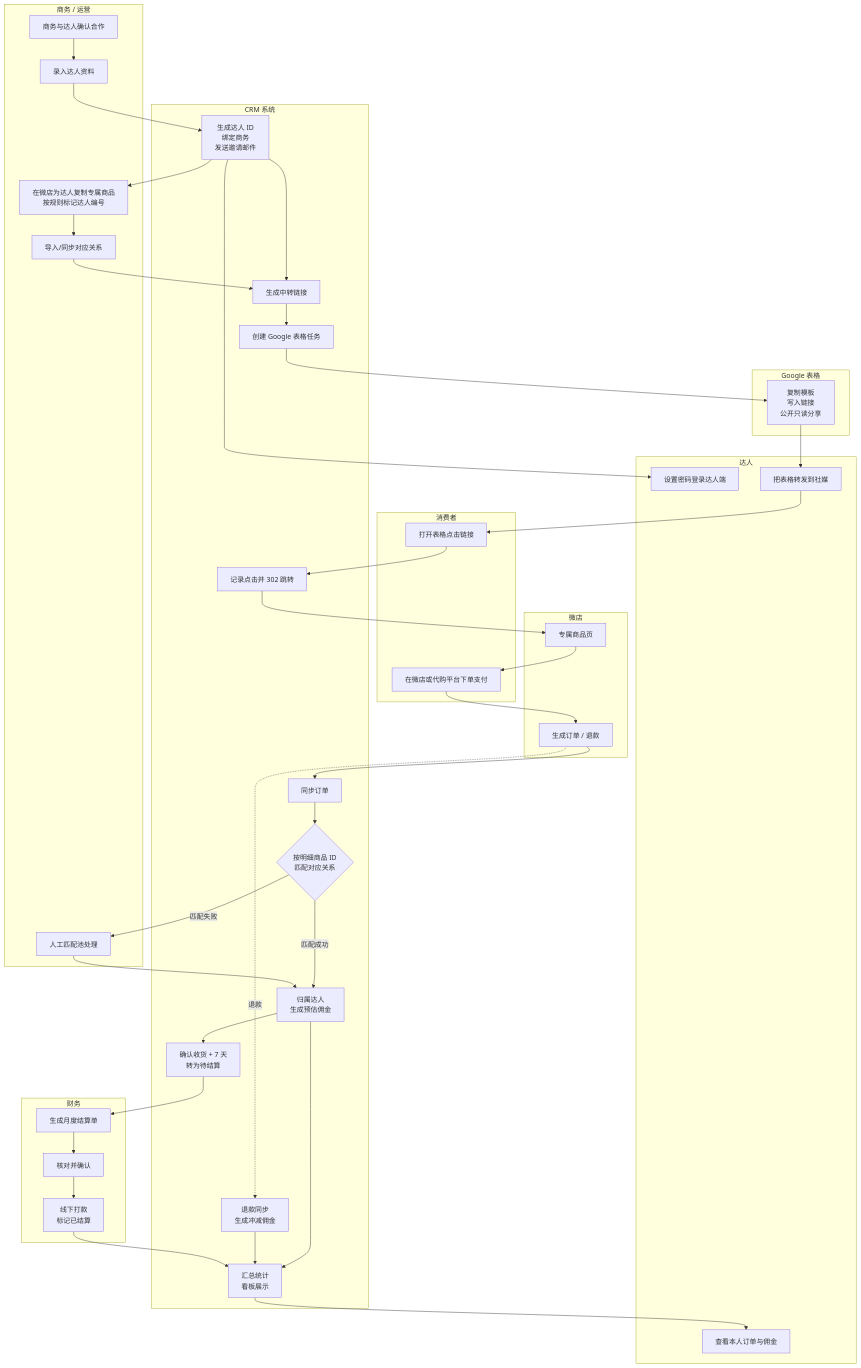
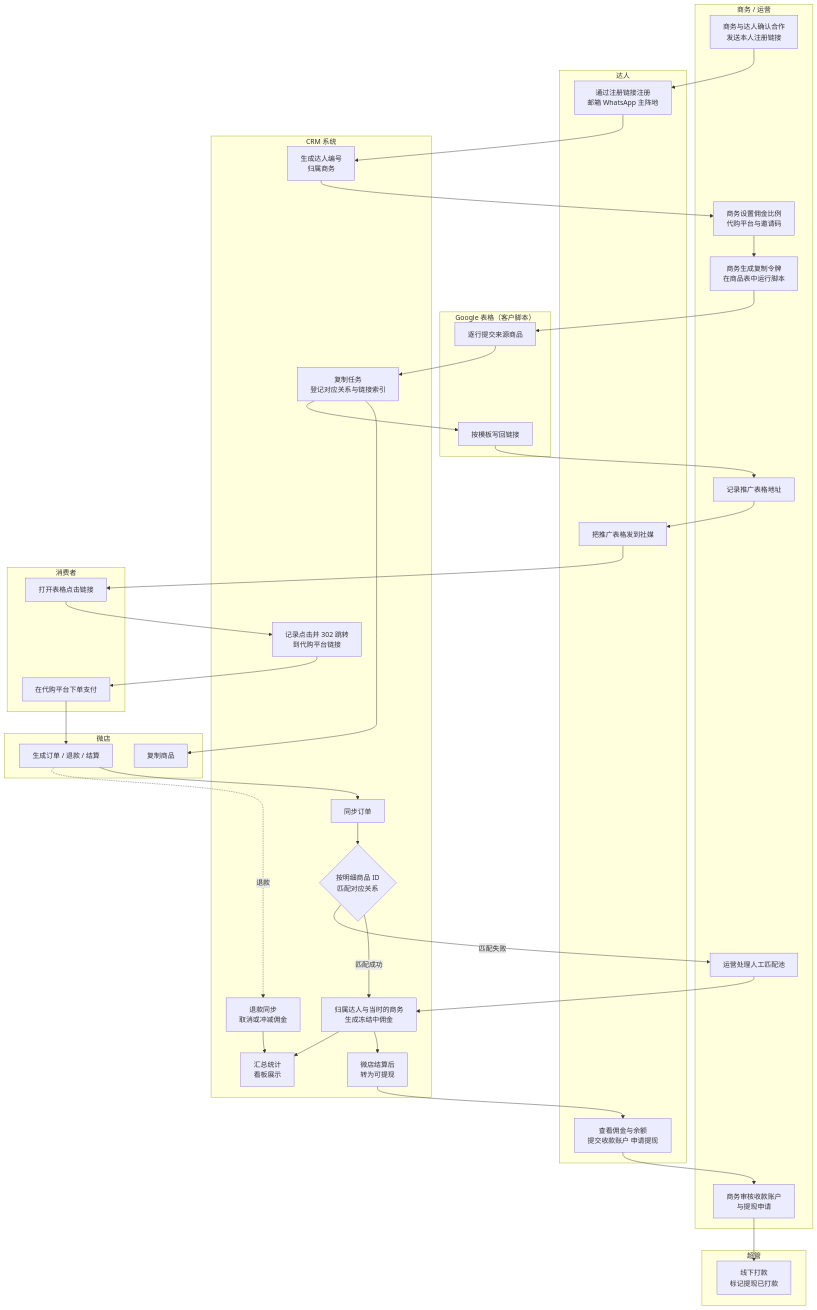
Before and after one commit to ksws00684315/t-crm: the second of 6 diagrams in docs/03-设计/系统详细设计说明书.md, drawn with Mermaid. The commit also changed other lines of this file and 7 other files, not shown here.

````diff
--- a/docs/03-设计/系统详细设计说明书.md
+++ b/docs/03-设计/系统详细设计说明书.md
@@ -311,50 +358,49 @@
 ```mermaid
 flowchart TB
   subgraph 商务运营[商务 / 运营]
-    A1[商务与达人确认合作] --> A2[录入达人资料]
-    A4[在微店为达人复制专属商品<br/>按规则标记达人编号] --> A5[导入/同步对应关系]
-    A9[人工匹配池处理]
+    A1[商务与达人确认合作<br/>发送本人注册链接]
+    A3[商务设置佣金比例<br/>代购平台与邀请码]
+    A4[商务生成复制令牌<br/>在商品表中运行脚本]
+    A6[记录推广表格地址]
+    A9[运营处理人工匹配池]
+    A10[商务审核收款账户<br/>与提现申请]
+  end
+  subgraph 达人
+    K1[通过注册链接注册<br/>邮箱 WhatsApp 主阵地]
+    K2[把推广表格发到社媒]
+    K3[查看佣金与余额<br/>提交收款账户 申请提现]
+  end
+  subgraph Google[Google 表格（客户脚本）]
+    G1[逐行提交来源商品]
+    G2[按模板写回链接]
   end
   subgraph CRM[CRM 系统]
-    B1[生成达人 ID<br/>绑定商务<br/>发送邀请邮件] --> B2[生成中转链接]
-    B2 --> B3[创建 Google 表格任务]
-    B5[记录点击并 302 跳转]
+    B1[生成达人编号<br/>归属商务]
+    B3[复制任务<br/>登记对应关系与链接索引]
+    B5[记录点击并 302 跳转<br/>到代购平台链接]
     B6[同步订单] --> B7{按明细商品 ID<br/>匹配对应关系}
-    B7 -->|匹配成功| B8[归属达人<br/>生成预估佣金]
+    B7 -->|匹配成功| B8[归属达人与当时的商务<br/>生成冻结中佣金]
     B7 -->|匹配失败| A9
     A9 --> B8
-    B8 --> B9[确认收货 + 7 天<br/>转为待结算]
-    B10[退款同步<br/>生成冲减佣金]
+    B8 --> B9[微店结算后<br/>转为可提现]
+    B10[退款同步<br/>取消或冲减佣金]
     B11[汇总统计<br/>看板展示]
   end
-  subgraph 财务
-    F1[生成月度结算单] --> F2[核对并确认] --> F3[线下打款<br/>标记已结算]
+  subgraph 超管
+    S1[线下打款<br/>标记提现已打款]
   end
-  subgraph Google[Google 表格]
-    G1[复制模板<br/>写入链接<br/>公开只读分享]
-  end
-  subgraph 达人
-    K1[设置密码登录达人端] 
-    K2[把表格转发到社媒]
-    K3[查看本人订单与佣金]
+  subgraph 微店
+    W0[复制商品]
+    W2[生成订单 / 退款 / 结算]
   end
   subgraph 消费者
     C1[打开表格点击链接]
-    C3[在微店或代购平台下单支付]
+    C3[在代购平台下单支付]
   end
-  subgraph 微店
-    W1[专属商品页]
-    W2[生成订单 / 退款]
-  end
-  A2 --> B1
-  B1 --> K1
-  B1 --> A4
-  A5 --> B2
-  B3 --> G1 --> K2 --> C1 --> B5 --> W1 --> C3 --> W2 --> B6
+  A1 --> K1 --> B1 --> A3 --> A4 --> G1 --> B3 --> W0
+  B3 --> G2 --> A6 --> K2 --> C1 --> B5 --> C3 --> W2 --> B6
   W2 -.退款.-> B10
-  B9 --> F1
   B8 --> B11
   B10 --> B11
-  F3 --> B11
-  B11 --> K3
+  B9 --> K3 --> A10 --> S1
 ```
````
